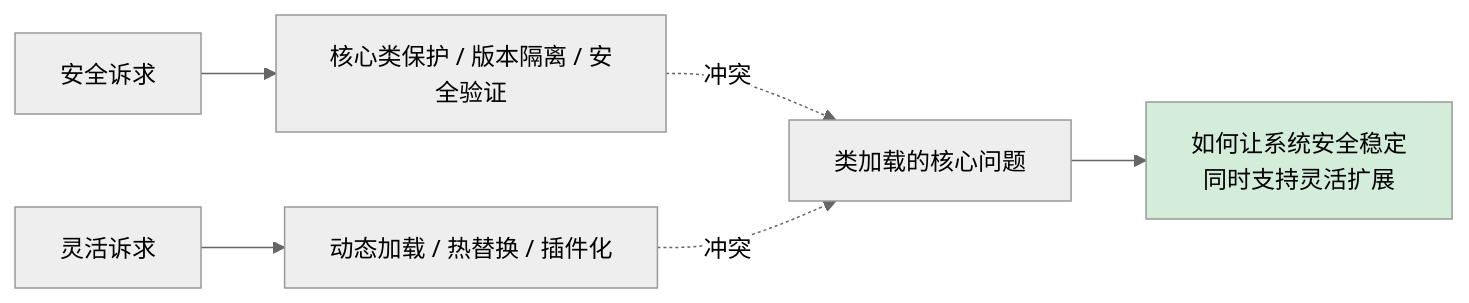
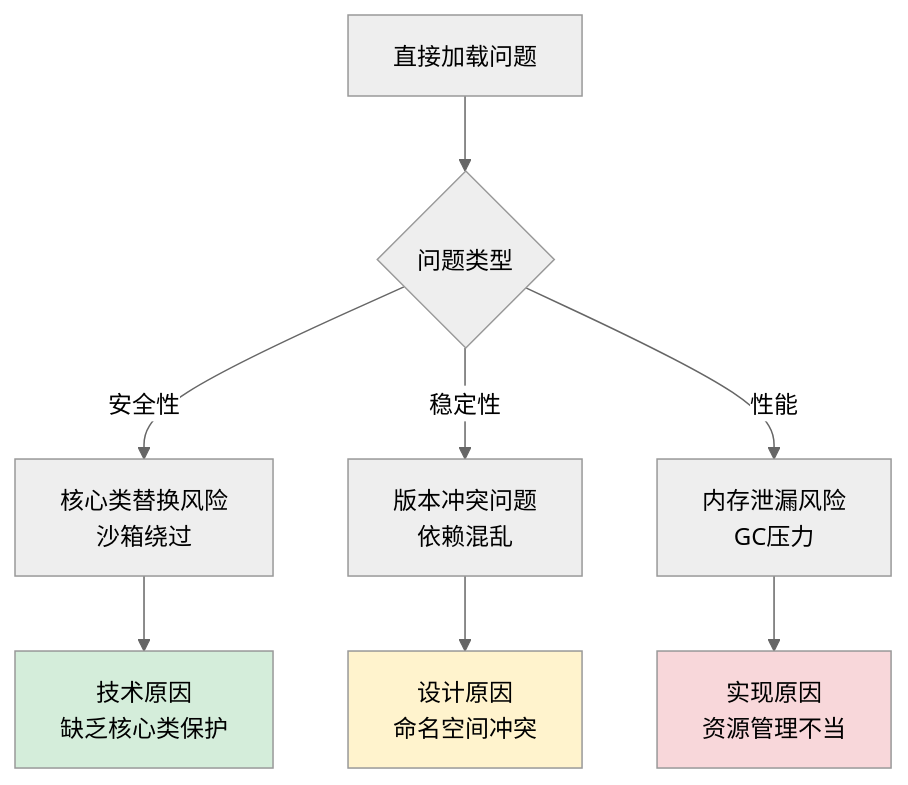
One commit to chongyang211/YCBookBlog changed the third of 30 diagrams in 00.通用技术的提升/02.程序编程原理/07.类的加载核心原理.md. Above: the diagram before and after it, drawn with Mermaid (neutral theme). The commit also changed other lines of this file and 5 other files, not shown here.

````diff
--- a/00.通用技术的提升/02.程序编程原理/07.类的加载核心原理.md
+++ b/00.通用技术的提升/02.程序编程原理/07.类的加载核心原理.md
@@ -166,9 +148,15 @@
 ```mermaid
-flowchart LR
-    A[安全诉求] --> A1[核心类保护 / 版本隔离 / 安全验证]
-    B[灵活诉求] --> B1[动态加载 / 热替换 / 插件化]
-    A1 -.冲突.-> C[类加载的核心问题]
-    B1 -.冲突.-> C
-    C --> D[如何让系统安全稳定<br/>同时支持灵活扩展]
-    style D fill:#d4edda
+flowchart TD
+    A[直接加载问题] --> B{问题类型}
+    B -->|安全性| C[核心类替换风险<br/>沙箱绕过]
+    B -->|稳定性| D[版本冲突问题<br/>依赖混乱]
+    B -->|性能| E[内存泄漏风险<br/>GC压力]
+    
+    C --> C1[技术原因<br/>缺乏核心类保护]
+    D --> D1[设计原因<br/>命名空间冲突]
+    E --> E1[实现原因<br/>资源管理不当]
+    
+    style C1 fill:#d4edda
+    style D1 fill:#fff3cd
+    style E1 fill:#f8d7da
 ```
````
